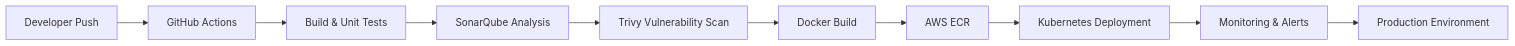
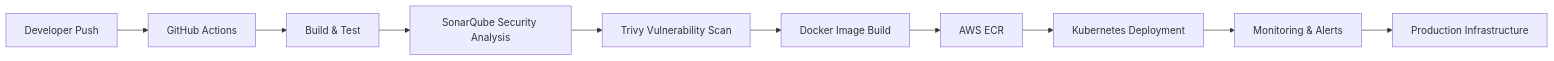
The diagram in README.md (omkarbhete/omkarbhete), drawn with Mermaid before and after one commit. The commit also changed other lines of this file, not shown here.

````diff
--- a/README.md
+++ b/README.md
@@ -168,21 +189,21 @@
 ```mermaid
 flowchart LR
 
 A[Developer Push] --> B[GitHub Actions]
 
-B --> C[Build & Unit Tests]
+B --> C[Build & Test]
 
-C --> D[SonarQube Analysis]
+C --> D[SonarQube Security Analysis]
 
 D --> E[Trivy Vulnerability Scan]
 
-E --> F[Docker Build]
+E --> F[Docker Image Build]
 
 F --> G[AWS ECR]
 
 G --> H[Kubernetes Deployment]
 
 H --> I[Monitoring & Alerts]
 
-I --> J[Production Environment]
+I --> J[Production Infrastructure]
 ```
````
